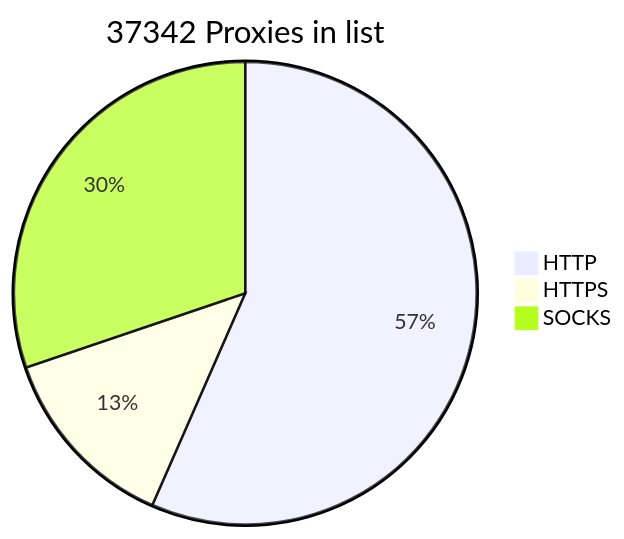
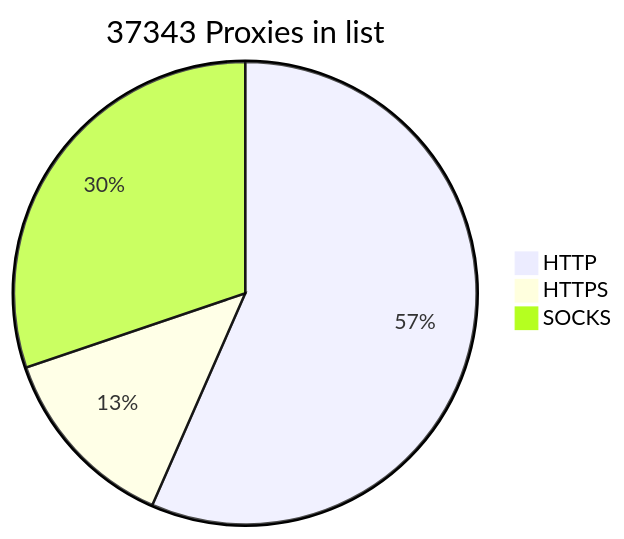
The diagram in README.md (BlackSnowDot/proxylist-update-every-minute), drawn with Mermaid before and after one commit.

````diff
--- a/README.md
+++ b/README.md
@@ -2,6 +2,6 @@
 ```mermaid
-pie title 37342 Proxies in list
-    "HTTP" : 23468
+pie title 37343 Proxies in list
+    "HTTP" : 23469
     "HTTPS": 5482
     "SOCKS" : 12527
 ```
````
